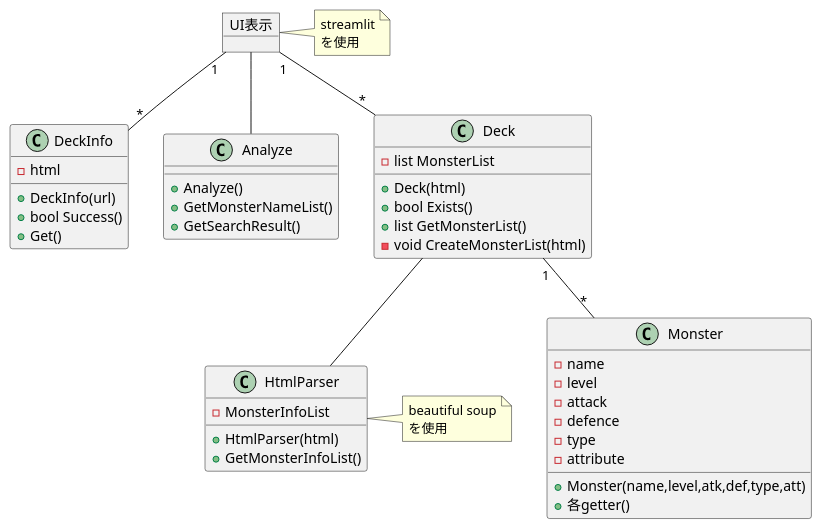
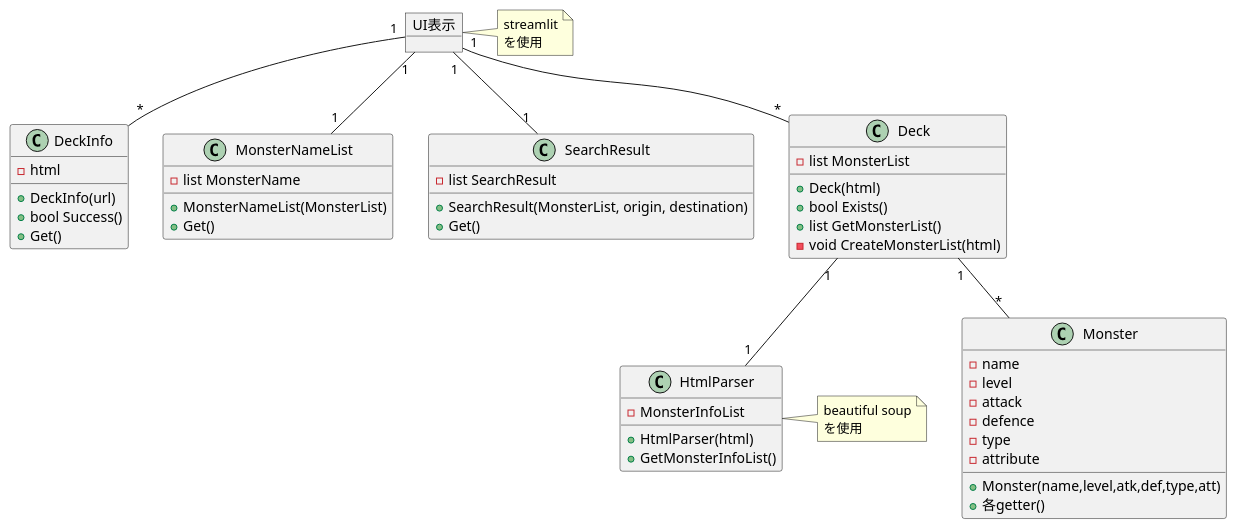
One commit to ikishichi/ygo-small-world-transit changed the fifth of 6 diagrams in ygo-small-world-transit.md. Above: the diagram before and after it, drawn with PlantUML. The commit also changed other lines of this file, not shown here.

````diff
--- a/ygo-small-world-transit.md
+++ b/ygo-small-world-transit.md
@@ -118,52 +124,58 @@
 ```plantuml
 @startuml
 object "UI表示" as ui
 note right
 streamlit
 を使用
 endnote
 class DeckInfo{
     - html
     + DeckInfo(url)
     + bool Success()
     + Get()
 }
-class Analyze {
-    + Analyze()
-    + GetMonsterNameList()
-    + GetSearchResult()
+class MonsterNameList {
+    - list MonsterName
+    + MonsterNameList(MonsterList)
+    + Get()
+}
+class SearchResult {
+    - list SearchResult
+    + SearchResult(MonsterList, origin, destination)
+    + Get()
 }
 class Deck{
     - list MonsterList
     + Deck(html)
     + bool Exists()
     + list GetMonsterList()
     - void CreateMonsterList(html)
 }
 class HtmlParser{
     - MonsterInfoList
     + HtmlParser(html)
     + GetMonsterInfoList()
 }
 note right
 beautiful soup
 を使用
 endnote
 class Monster {
     - name
     - level
     - attack
     - defence
     - type
     - attribute
     + Monster(name,level,atk,def,type,att)
     + 各getter()
 }
 ui "1"--"*" DeckInfo
-ui -- Analyze
+ui "1"--"1" MonsterNameList
+ui "1"--"1" SearchResult
 
 ui "1"--"*" Deck
-Deck -- HtmlParser
+Deck "1"--"1" HtmlParser
 Deck "1"--"*" Monster
 @enduml
 ```
````
